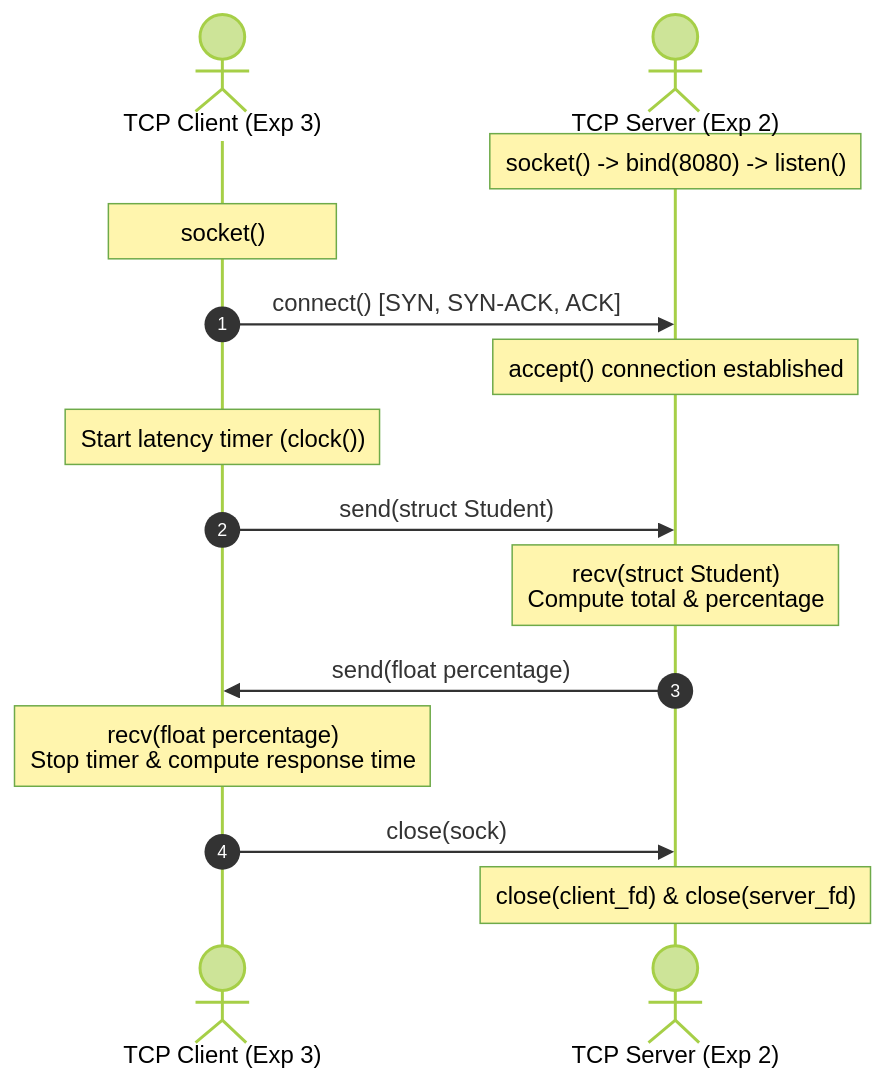
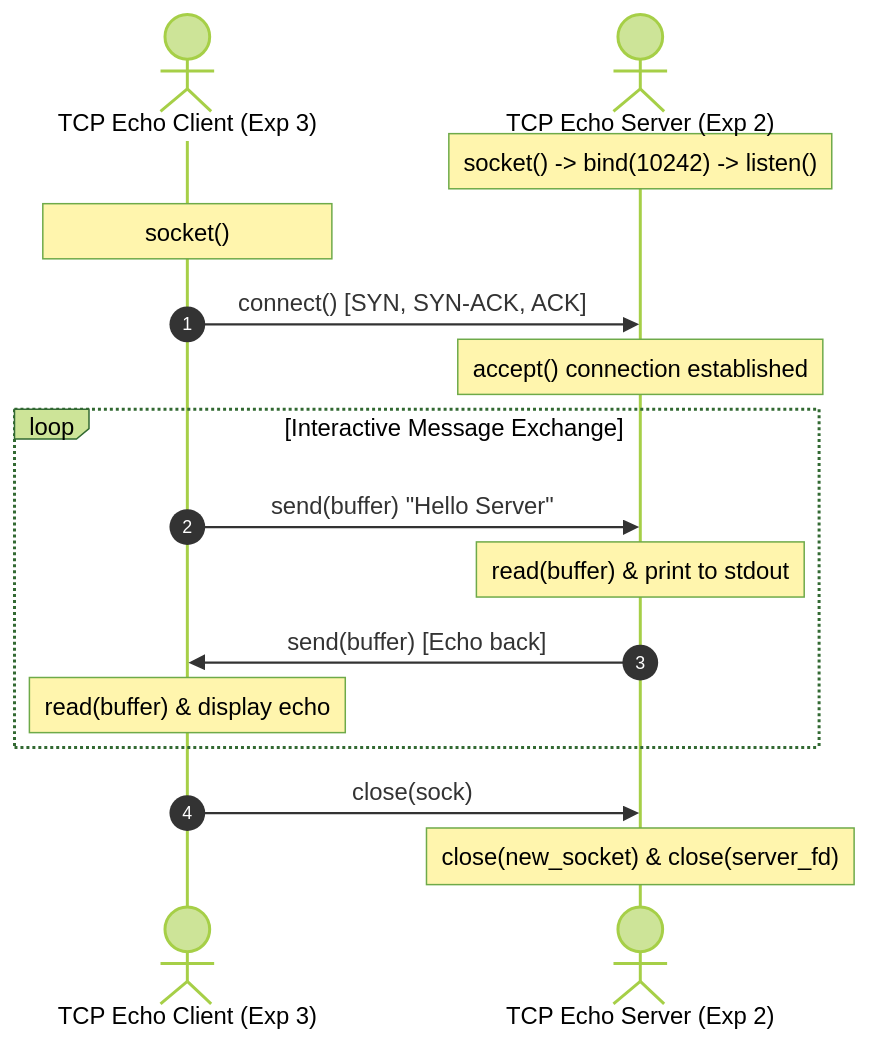
The first of 3 diagrams in README.md (jashchauhan06/cn), drawn with Mermaid (forest theme) before and after one commit. The commit also changed other lines of this file and 19 other files, not shown here.

````diff
--- a/README.md
+++ b/README.md
@@ -108,20 +105,21 @@
 ```mermaid
 sequenceDiagram
     autonumber
-    actor Client as TCP Client (Exp 3)
-    actor Server as TCP Server (Exp 2)
+    actor Client as TCP Echo Client (Exp 3)
+    actor Server as TCP Echo Server (Exp 2)
 
-    Note over Server: socket() -> bind(8080) -> listen()
+    Note over Server: socket() -> bind(10242) -> listen()
     Note over Client: socket()
     Client->>Server: connect() [SYN, SYN-ACK, ACK]
     Note over Server: accept() connection established
 
-    Note over Client: Start latency timer (clock())
-    Client->>Server: send(struct Student)
-    Note over Server: recv(struct Student)<br/>Compute total & percentage
-    Server->>Client: send(float percentage)
-    Note over Client: recv(float percentage)<br/>Stop timer & compute response time
+    loop Interactive Message Exchange
+        Client->>Server: send(buffer) "Hello Server"
+        Note over Server: read(buffer) & print to stdout
+        Server->>Client: send(buffer) [Echo back]
+        Note over Client: read(buffer) & display echo
+    end
 
     Client->>Server: close(sock)
-    Note over Server: close(client_fd) & close(server_fd)
+    Note over Server: close(new_socket) & close(server_fd)
 ```
````
